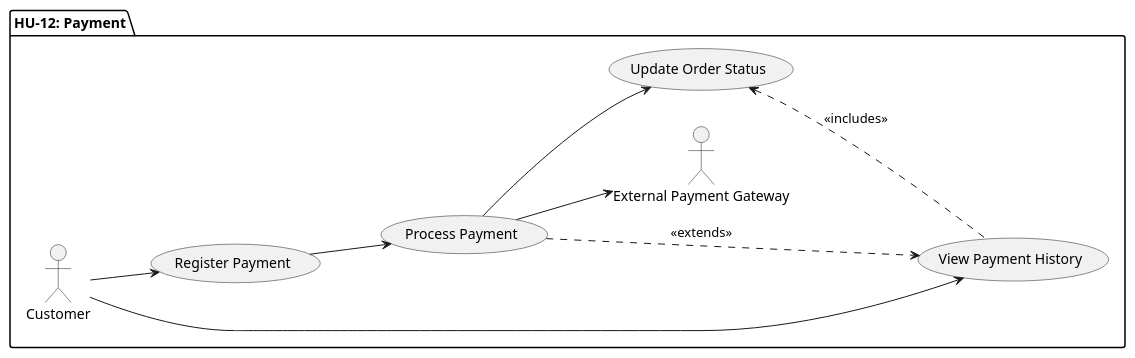
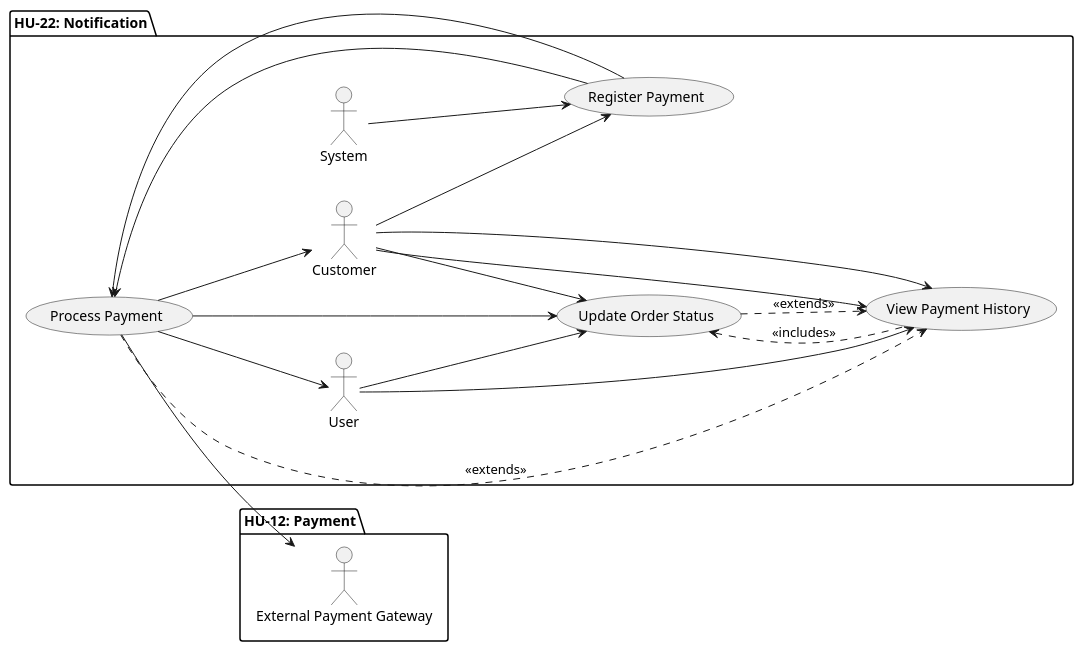
One commit to code-sena/laboratory-2899747 changed the diagram in document/architecture/usecase.wsd. Above: the diagram before and after it, drawn with PlantUML.

Commit message:
doc-add-notification-use-case-diagram

```diff
--- a/document/architecture/usecase.wsd
+++ b/document/architecture/usecase.wsd
@@ -1,27 +1,55 @@
 @startuml
   left to right direction
+
+  package "HU-22: Notification" {
+
+    'Actors'
+    actor "System" as System
+    actor "User" as User
+    actor "Customer" as Customer
+
+    'Use Cases'
+    usecase "Register Notification" as UC1
+    usecase "Send/Display Notification" as UC2
+    usecase "Mark Notification as Read" as UC3
+    usecase "View Notifications" as UC4
+
+    'Relationships'
+    System --> UC1
+    UC1 --> UC2
+    UC2 --> User
+    UC2 --> Customer
+
+    User --> UC3
+    Customer --> UC3
+
+    User --> UC4
+    Customer --> UC4
+
+    UC3 .> UC4 : <<extends>>
+  }
 
   package "HU-12: Payment" {
 
     'Actors'
     actor "Customer" as Customer
     actor "External Payment Gateway" as PaymentGateway
 
     'Use Cases'
     usecase "Register Payment" as UC1
     usecase "Process Payment" as UC2
     usecase "Update Order Status" as UC3
     usecase "View Payment History" as UC4
 
     'Relationships'
     Customer --> UC1
     Customer --> UC4
 
     UC1 --> UC2
     UC2 --> PaymentGateway
     UC2 .> UC4 : <<extends>>
     UC3 <.. UC4 : <<includes>>
 
     UC2 --> UC3
   }
 @enduml
```
